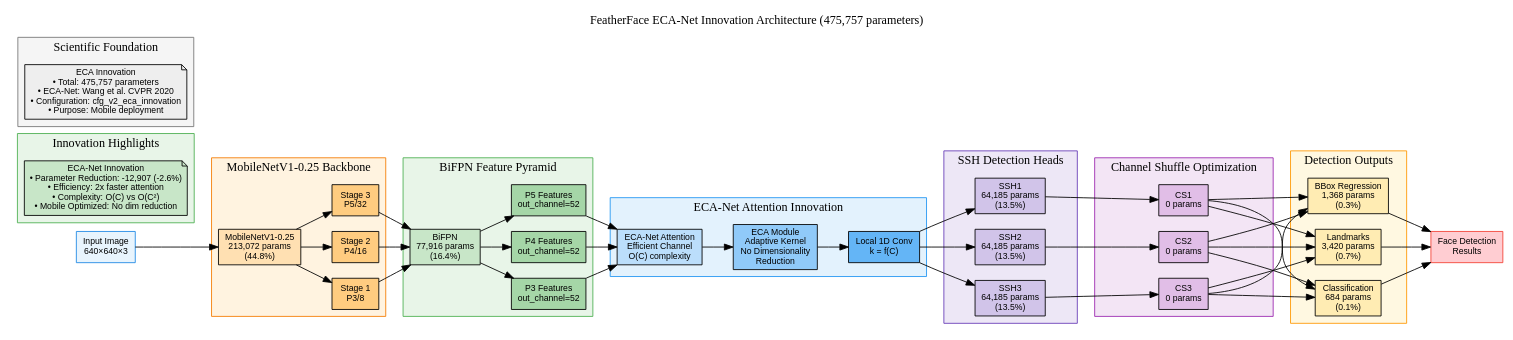
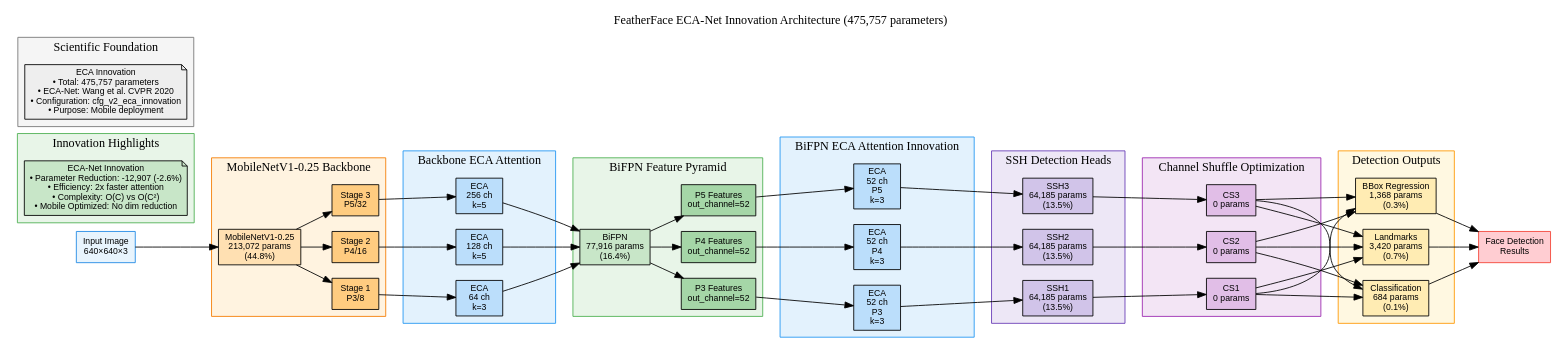
The diagram in diagrams/eca_innovation_architecture.dot (fokouarnaud/FeatherFace), drawn with Graphviz before and after one commit. The commit also changed 4 other files, not shown here.

```diff
--- a/diagrams/eca_innovation_architecture.dot
+++ b/diagrams/eca_innovation_architecture.dot
@@ -1,158 +1,171 @@
 digraph ECAInnovation {
     // Graph configuration
     rankdir=LR;
     node [shape=box, style=filled, fontname="Arial", fontsize=10];
     edge [fontname="Arial", fontsize=9];
     
     // Title
     label="FeatherFace ECA-Net Innovation Architecture (475,757 parameters)";
     labelloc="t";
     fontsize=14;
     fontname="Arial Bold";
     
     // Input
     input [label="Input Image\n640×640×3", fillcolor="#E8F4FD", color="#1E88E5"];
     
     // Backbone
     subgraph cluster_backbone {
         label="MobileNetV1-0.25 Backbone";
         style=filled;
         fillcolor="#FFF3E0";
         color="#F57C00";
         
         mobilenet [label="MobileNetV1-0.25\n213,072 params\n(44.8%)", fillcolor="#FFE0B2"];
         stage1 [label="Stage 1\nP3/8", fillcolor="#FFCC80"];
         stage2 [label="Stage 2\nP4/16", fillcolor="#FFCC80"];
         stage3 [label="Stage 3\nP5/32", fillcolor="#FFCC80"];
     }
     
+    // Backbone ECA Attention
+    subgraph cluster_backbone_eca {
+        label="Backbone ECA Attention";
+        style=filled;
+        fillcolor="#E3F2FD";
+        color="#2196F3";
+        
+        backbone_eca1 [label="ECA\n64 ch\nk=3", fillcolor="#BBDEFB"];
+        backbone_eca2 [label="ECA\n128 ch\nk=5", fillcolor="#BBDEFB"];
+        backbone_eca3 [label="ECA\n256 ch\nk=5", fillcolor="#BBDEFB"];
+    }
+    
     // Feature Pyramid Network
     subgraph cluster_fpn {
         label="BiFPN Feature Pyramid";
         style=filled;
         fillcolor="#E8F5E8";
         color="#4CAF50";
         
         bifpn [label="BiFPN\n77,916 params\n(16.4%)", fillcolor="#C8E6C8"];
         p3_out [label="P3 Features\nout_channel=52", fillcolor="#A5D6A7"];
         p4_out [label="P4 Features\nout_channel=52", fillcolor="#A5D6A7"];
         p5_out [label="P5 Features\nout_channel=52", fillcolor="#A5D6A7"];
     }
     
-    // ECA-Net Attention (Innovation)
-    subgraph cluster_eca {
-        label="ECA-Net Attention Innovation";
+    // BiFPN ECA Attention (Innovation)
+    subgraph cluster_bifpn_eca {
+        label="BiFPN ECA Attention Innovation";
         style=filled;
         fillcolor="#E3F2FD";
         color="#2196F3";
         
-        eca_attention [label="ECA-Net Attention\nEfficient Channel\nO(C) complexity", fillcolor="#BBDEFB"];
-        eca_module [label="ECA Module\nAdaptive Kernel\nNo Dimensionality\nReduction", fillcolor="#90CAF9"];
-        local_conv [label="Local 1D Conv\nk = f(C)", fillcolor="#64B5F6"];
+        bifpn_eca1 [label="ECA\n52 ch\nP3\nk=3", fillcolor="#BBDEFB"];
+        bifpn_eca2 [label="ECA\n52 ch\nP4\nk=3", fillcolor="#BBDEFB"];
+        bifpn_eca3 [label="ECA\n52 ch\nP5\nk=3", fillcolor="#BBDEFB"];
     }
     
     // SSH Detection Heads
     subgraph cluster_ssh {
         label="SSH Detection Heads";
         style=filled;
         fillcolor="#EDE7F6";
         color="#673AB7";
         
         ssh1 [label="SSH1\n64,185 params\n(13.5%)", fillcolor="#D1C4E9"];
         ssh2 [label="SSH2\n64,185 params\n(13.5%)", fillcolor="#D1C4E9"];
         ssh3 [label="SSH3\n64,185 params\n(13.5%)", fillcolor="#D1C4E9"];
     }
     
     // Channel Shuffle
     subgraph cluster_shuffle {
         label="Channel Shuffle Optimization";
         style=filled;
         fillcolor="#F3E5F5";
         color="#9C27B0";
         
         cs1 [label="CS1\n0 params", fillcolor="#E1BEE7"];
         cs2 [label="CS2\n0 params", fillcolor="#E1BEE7"];
         cs3 [label="CS3\n0 params", fillcolor="#E1BEE7"];
     }
     
     // Output Heads
     subgraph cluster_outputs {
         label="Detection Outputs";
         style=filled;
         fillcolor="#FFF8E1";
         color="#FF9800";
         
         class_head [label="Classification\n684 params\n(0.1%)", fillcolor="#FFECB3"];
         bbox_head [label="BBox Regression\n1,368 params\n(0.3%)", fillcolor="#FFECB3"];
         landmark_head [label="Landmarks\n3,420 params\n(0.7%)", fillcolor="#FFECB3"];
     }
     
     // Final Outputs
     output [label="Face Detection\nResults", fillcolor="#FFCDD2", color="#F44336"];
     
     // Connections
     input -> mobilenet;
     
     mobilenet -> stage1;
     mobilenet -> stage2;
     mobilenet -> stage3;
     
-    stage1 -> bifpn;
-    stage2 -> bifpn;
-    stage3 -> bifpn;
+    stage1 -> backbone_eca1;
+    stage2 -> backbone_eca2;
+    stage3 -> backbone_eca3;
+    
+    backbone_eca1 -> bifpn;
+    backbone_eca2 -> bifpn;
+    backbone_eca3 -> bifpn;
     
     bifpn -> p3_out;
     bifpn -> p4_out;
     bifpn -> p5_out;
     
-    p3_out -> eca_attention;
-    p4_out -> eca_attention;
-    p5_out -> eca_attention;
+    p3_out -> bifpn_eca1;
+    p4_out -> bifpn_eca2;
+    p5_out -> bifpn_eca3;
     
-    eca_attention -> eca_module;
-    eca_module -> local_conv;
-    
-    local_conv -> ssh1;
-    local_conv -> ssh2;
-    local_conv -> ssh3;
+    bifpn_eca1 -> ssh1;
+    bifpn_eca2 -> ssh2;
+    bifpn_eca3 -> ssh3;
     
     ssh1 -> cs1;
     ssh2 -> cs2;
     ssh3 -> cs3;
     
     cs1 -> class_head;
     cs1 -> bbox_head;
     cs1 -> landmark_head;
     cs2 -> class_head;
     cs2 -> bbox_head;
     cs2 -> landmark_head;
     cs3 -> class_head;
     cs3 -> bbox_head;
     cs3 -> landmark_head;
     
     class_head -> output;
     bbox_head -> output;
     landmark_head -> output;
     
     // Innovation highlights
     subgraph cluster_innovation {
         label="Innovation Highlights";
         style=filled;
         fillcolor="#E8F5E8";
         color="#4CAF50";
         
         innovation [label="ECA-Net Innovation\n• Parameter Reduction: -12,907 (-2.6%)\n• Efficiency: 2x faster attention\n• Complexity: O(C) vs O(C²)\n• Mobile Optimized: No dim reduction", 
                    fillcolor="#C8E6C8", shape=note];
     }
     
     // Scientific details
     subgraph cluster_details {
         label="Scientific Foundation";
         style=filled;
         fillcolor="#F5F5F5";
         color="#757575";
         
         details [label="ECA Innovation\n• Total: 475,757 parameters\n• ECA-Net: Wang et al. CVPR 2020\n• Configuration: cfg_v2_eca_innovation\n• Purpose: Mobile deployment", 
                 fillcolor="#EEEEEE", shape=note];
     }
 }
```
